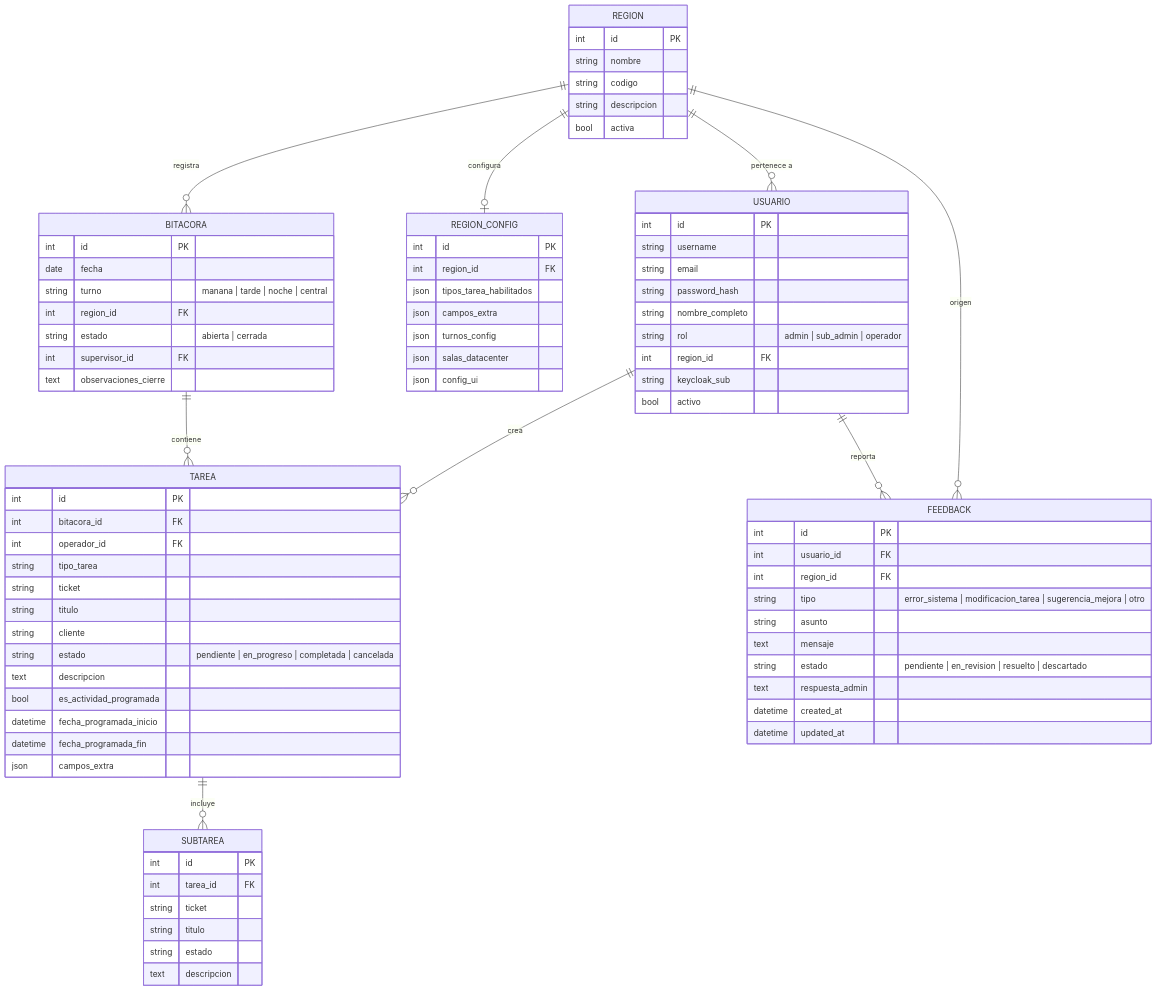
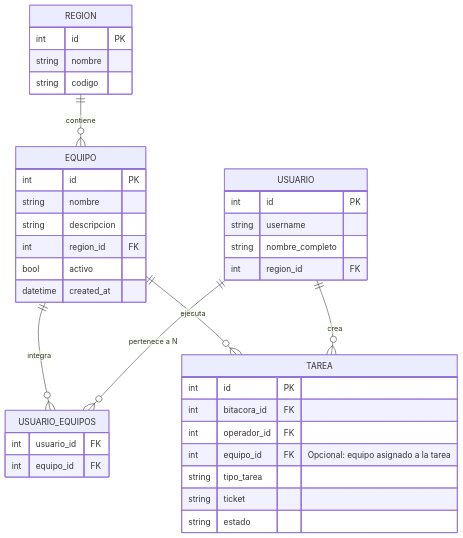
One commit to TomGarb/Bitacora_Diaria changed the diagram in IMPLEMENTATION_PLAN.md. Above: the diagram before and after it, drawn with Mermaid. The commit also changed other lines of this file and 8 other files, not shown here.

Commit message:
feat: exclusion de credenciales vencidas y planificadas pasadas en TV, y CRUD completo de usuarios para Sub-admin y Admin

````diff
--- a/IMPLEMENTATION_PLAN.md
+++ b/IMPLEMENTATION_PLAN.md
@@ -18,89 +34,45 @@
 ```mermaid
 erDiagram
-    USUARIO {
-        int id PK
-        string username
-        string email
-        string password_hash
-        string nombre_completo
-        string rol "admin | sub_admin | operador"
-        int region_id FK
-        string keycloak_sub
-        bool activo
-    }
-    
     REGION {
         int id PK
         string nombre
         string codigo
+    }
+
+    USUARIO {
+        int id PK
+        string username
+        string nombre_completo
+        int region_id FK
+    }
+
+    EQUIPO {
+        int id PK
+        string nombre
         string descripcion
-        bool activa
+        int region_id FK
+        bool activo
+        datetime created_at
     }
-    
-    REGION_CONFIG {
-        int id PK
-        int region_id FK
-        json tipos_tarea_habilitados
-        json campos_extra
-        json turnos_config
-        json salas_datacenter
-        json config_ui
+
+    USUARIO_EQUIPOS {
+        int usuario_id FK
+        int equipo_id FK
     }
-    
-    BITACORA {
-        int id PK
-        date fecha
-        string turno "manana | tarde | noche | central"
-        int region_id FK
-        string estado "abierta | cerrada"
-        int supervisor_id FK
-        text observaciones_cierre
-    }
-    
+
     TAREA {
         int id PK
         int bitacora_id FK
         int operador_id FK
+        int equipo_id FK "Opcional: equipo asignado a la tarea"
         string tipo_tarea
         string ticket
-        string titulo
-        string cliente
-        string estado "pendiente | en_progreso | completada | cancelada"
-        text descripcion
-        bool es_actividad_programada
-        datetime fecha_programada_inicio
-        datetime fecha_programada_fin
-        json campos_extra
-    }
-    
-    SUBTAREA {
-        int id PK
-        int tarea_id FK
-        string ticket
-        string titulo
         string estado
-        text descripcion
     }
 
-    FEEDBACK {
-        int id PK
-        int usuario_id FK
-        int region_id FK
-        string tipo "error_sistema | modificacion_tarea | sugerencia_mejora | otro"
-        string asunto
-        text mensaje
-        string estado "pendiente | en_revision | resuelto | descartado"
-        text respuesta_admin
-        datetime created_at
-        datetime updated_at
-    }
-    
-    REGION ||--o{ USUARIO : "pertenece a"
-    REGION ||--o| REGION_CONFIG : "configura"
-    REGION ||--o{ BITACORA : "registra"
-    BITACORA ||--o{ TAREA : "contiene"
-    TAREA ||--o{ SUBTAREA : "incluye"
+    REGION ||--o{ EQUIPO : "contiene"
+    EQUIPO ||--o{ USUARIO_EQUIPOS : "integra"
+    USUARIO ||--o{ USUARIO_EQUIPOS : "pertenece a N"
+    EQUIPO ||--o{ TAREA : "ejecuta"
     USUARIO ||--o{ TAREA : "crea"
-    USUARIO ||--o{ FEEDBACK : "reporta"
-    REGION ||--o{ FEEDBACK : "origen"
 ```
````
